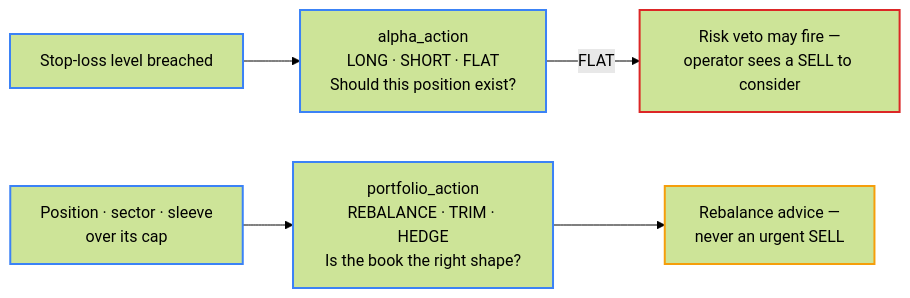
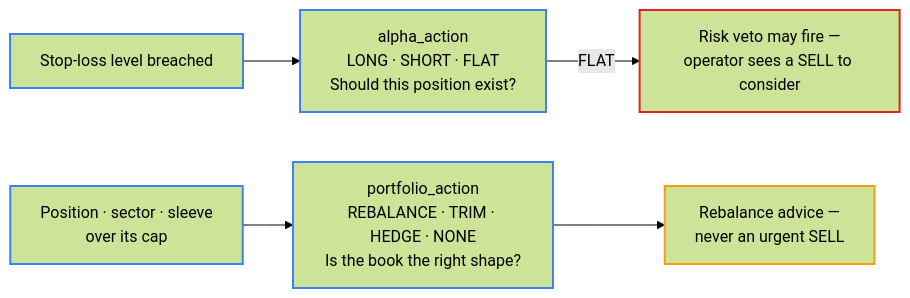
Before and after one commit to researcherhojin/nuri-quant: the fourth of 4 diagrams in docs/ARCHITECTURE.md, drawn with Mermaid (forest theme). The commit also changed other lines of this file and 33 other files, not shown here.

````diff
--- a/docs/ARCHITECTURE.md
+++ b/docs/ARCHITECTURE.md
@@ -196,21 +196,21 @@
 ```mermaid
 flowchart LR
     TR1["Stop-loss level breached"]
     TR2["Position · sector · sleeve<br/>over its cap"]
     AL["alpha_action<br/>LONG · SHORT · FLAT<br/>Should this position exist?"]
-    PO["portfolio_action<br/>REBALANCE · TRIM · HEDGE<br/>Is the book the right shape?"]
+    PO["portfolio_action<br/>REBALANCE · TRIM · HEDGE · NONE<br/>Is the book the right shape?"]
     C1["Risk veto may fire —<br/>operator sees a SELL to consider"]
     C2["Rebalance advice —<br/>never an urgent SELL"]
 
     TR1 --> AL
     TR2 --> PO
     AL -->|FLAT| C1
     PO --> C2
 
     classDef step  stroke:#3b82f6,stroke-width:2px
     classDef stop  stroke:#dc2626,stroke-width:2px
     classDef calm  stroke:#f59e0b,stroke-width:2px
     class TR1,TR2,AL,PO step
     class C1 stop
     class C2 calm
 ```
````
